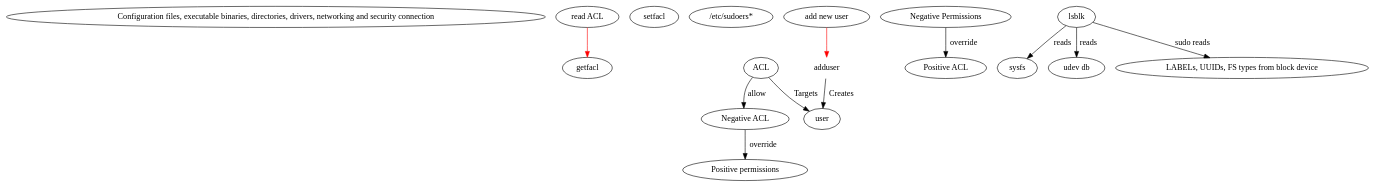
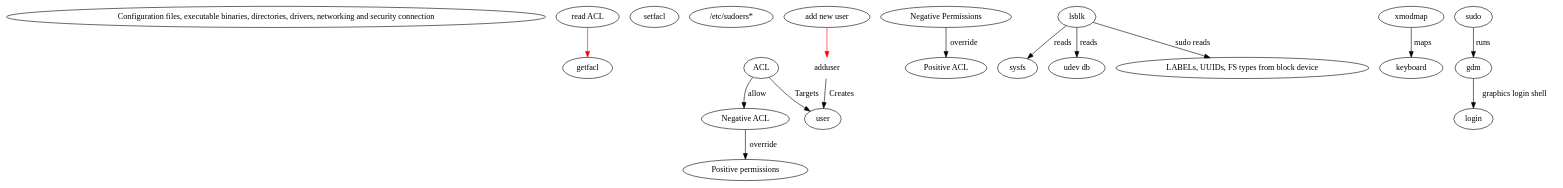
The diagram in learning/instruments/linux-user-land.dot (dzmitry-lahoda/lahoda-xyz), drawn with Graphviz before and after one commit. The commit also changed 7 other files, not shown here.

```diff
--- a/learning/instruments/linux-user-land.dot
+++ b/learning/instruments/linux-user-land.dot
@@ -1,20 +1,23 @@
 
 digraph {
     "Configuration files, executable binaries, directories, drivers, networking and security connection"
     getfacl
     setfacl
     "/etc/sudoers*"
     adduser [shape="plaintext"];
     "add new user" -> adduser [color = "red"];
     adduser -> user [label="Creates"];
     ACL -> user [label= "Targets"];
     "read ACL" -> getfacl [color = "red"];
     "Negative Permissions" -> "Positive ACL" [label= "override"] 
     "Negative ACL" -> "Positive permissions" [label= "override"] 
     ACL -> "Negative ACL" [label= "allow"]
 
     lsblk -> sysfs [label = "reads"]
     lsblk -> "udev db" [label = "reads"]
     lsblk -> "LABELs, UUIDs, FS types from block device" [label = "sudo reads"]
 
+    xmodmap -> keyboard [label = "maps"]
+    gdm -> login [label = "graphics login shell"]
+    sudo -> gdm [label = "runs"];
 }
```
